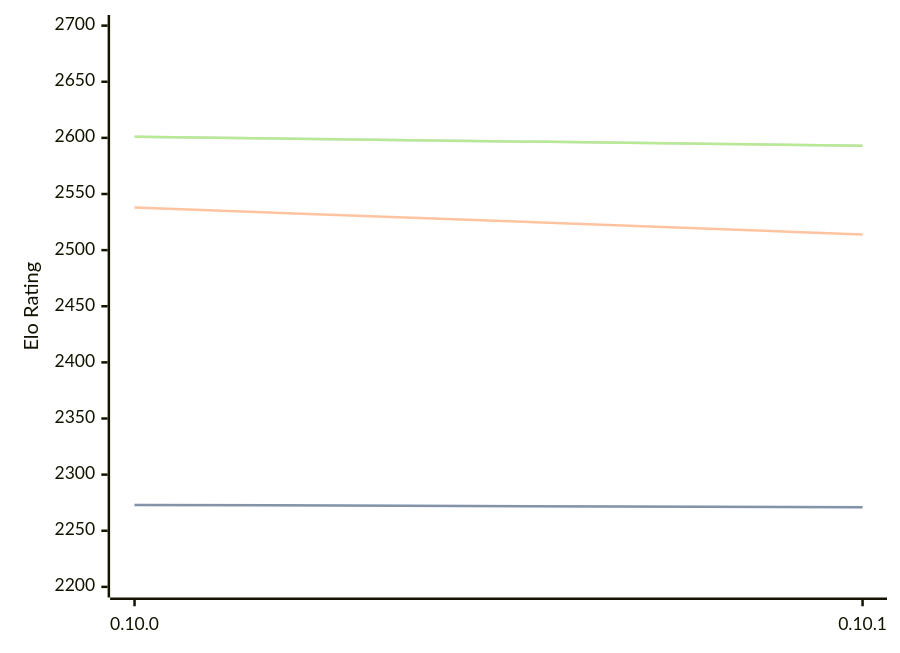
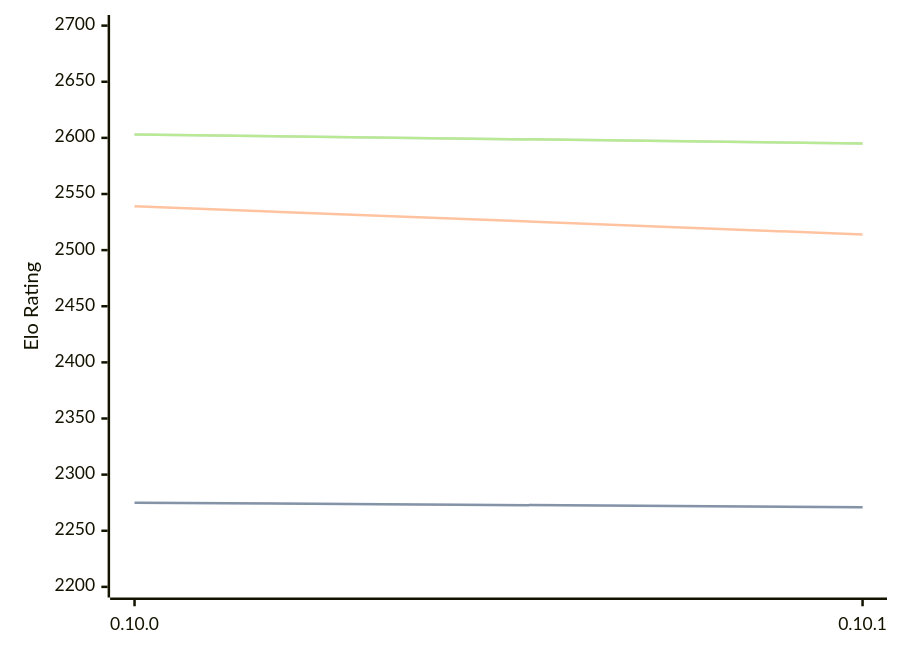
The diagram in engines/Fatalii.md (computer-chess-index/cci), drawn with Mermaid before and after one commit. The commit also changed other lines of this file, not shown here.

Commit message:
Update CCI Ratings (ELO VLTC) - 2026-08-27

````diff
--- a/engines/Fatalii.md
+++ b/engines/Fatalii.md
@@ -32,11 +32,11 @@
 ```mermaid
 %%{init: {"theme":"base","themeVariables":{"seriesColors:['#a3a3a3','#222221','#faa371']}}}%%
 xychart-beta
   x-axis ["0.10.0", "0.10.1"]
   y-axis "Elo Rating" 2200 --> 2700
-  line "STC (8.0+0.08s)" [2273, 2271]
-  line "STC (8.0+0.08s)" [2273, 2271]
-  line "LTC (60.0+0.60s)" [2538, 2514]
-  line "VLTC (2m24s+1.12s)" [2601, 2593]
-  line "VLTC (2m24s+1.12s)" [2601, 2593]
+  line "STC (8.0+0.08s)" [2275, 2271]
+  line "STC (8.0+0.08s)" [2275, 2271]
+  line "LTC (60.0+0.60s)" [2539, 2514]
+  line "VLTC (2m24s+1.12s)" [2603, 2595]
+  line "VLTC (2m24s+1.12s)" [2603, 2595]
 ```
````
